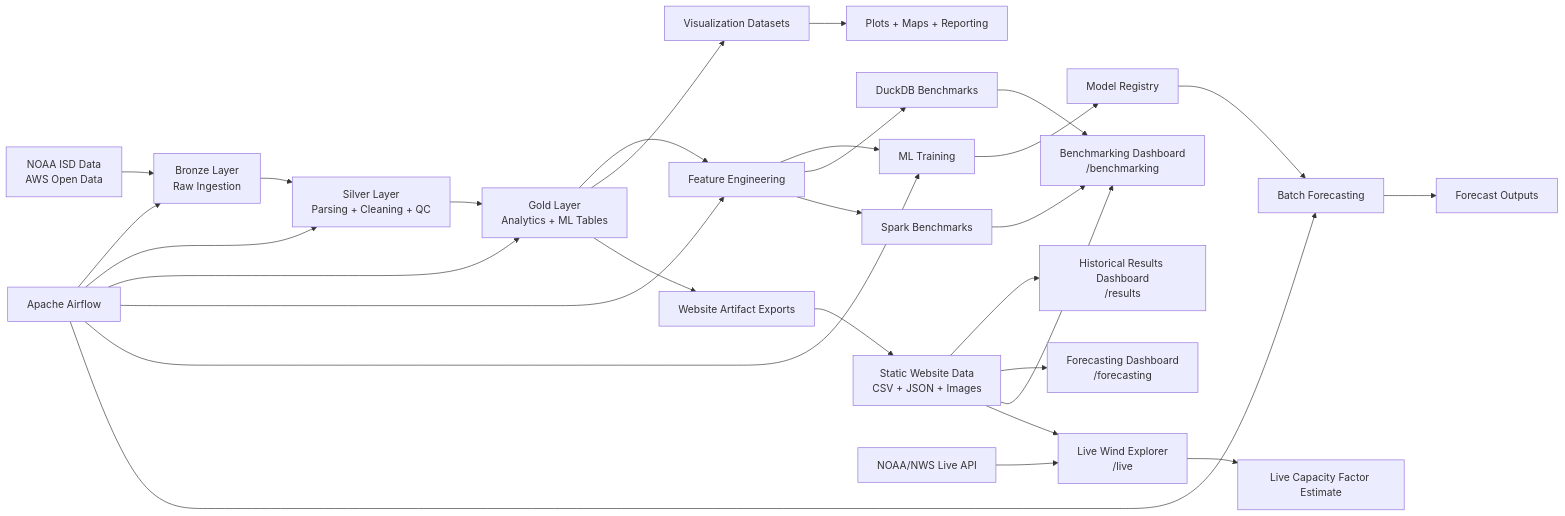
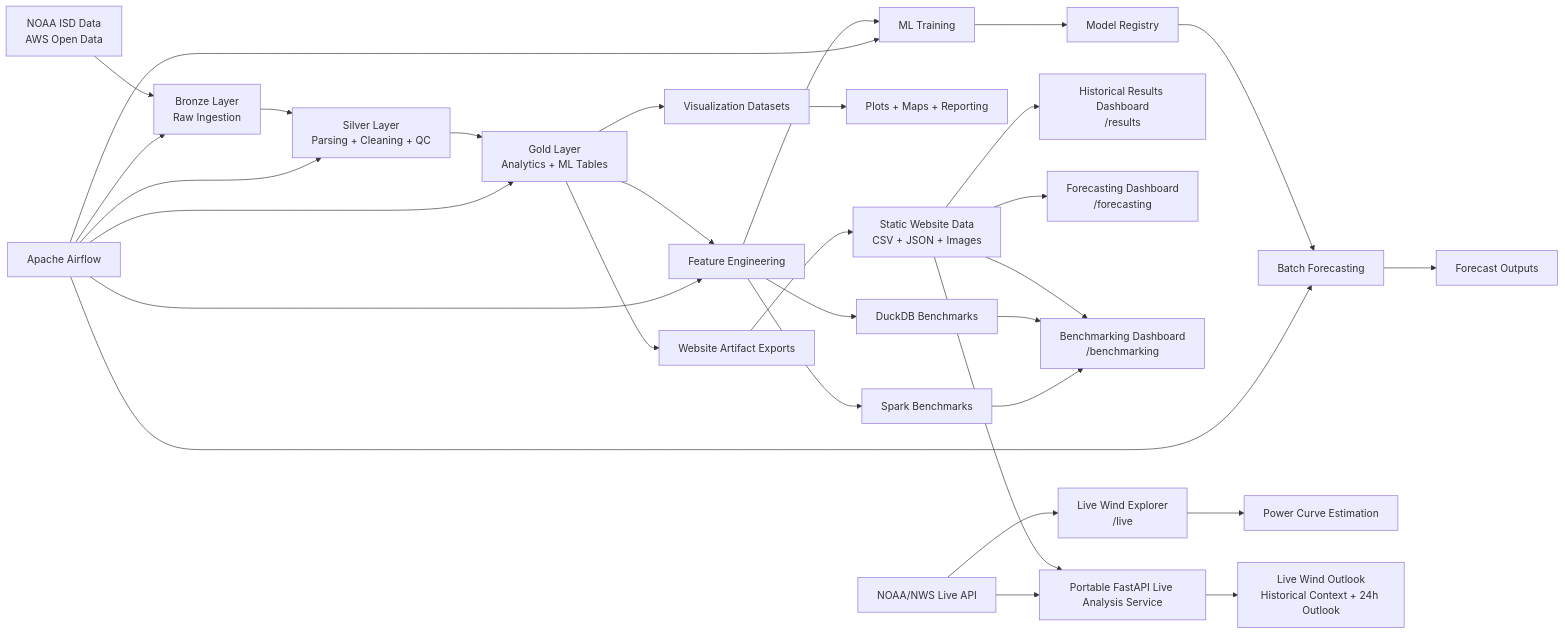
Before and after one commit to ibrahimhamza01/renewable-energy-forecasting-pipeline: the diagram in README.md, drawn with Mermaid. The commit also changed other lines of this file and 1 other file, not shown here.

````diff
--- a/README.md
+++ b/README.md
@@ -59,39 +64,42 @@
 ```mermaid
 flowchart LR
 
 A["NOAA ISD Data<br/>AWS Open Data"] --> B["Bronze Layer<br/>Raw Ingestion"]
 B --> C["Silver Layer<br/>Parsing + Cleaning + QC"]
 C --> D["Gold Layer<br/>Analytics + ML Tables"]
 
 D --> E["Feature Engineering"]
 E --> F["ML Training"]
 F --> G["Model Registry"]
 G --> H["Batch Forecasting"]
 H --> I["Forecast Outputs"]
 
 D --> J["Visualization Datasets"]
 J --> K["Plots + Maps + Reporting"]
 
 D --> W1["Website Artifact Exports"]
 W1 --> W2["Static Website Data<br/>CSV + JSON + Images"]
 
 W2 --> W3["Historical Results Dashboard<br/>/results"]
 W2 --> W4["Forecasting Dashboard<br/>/forecasting"]
 W2 --> W5["Benchmarking Dashboard<br/>/benchmarking"]
 
 E --> L["DuckDB Benchmarks"]
 E --> M["Spark Benchmarks"]
 L --> W5
 M --> W5
 
 N["Apache Airflow"] --> B
 N --> C
 N --> D
 N --> E
 N --> F
 N --> H
 
 P["NOAA/NWS Live API"] --> Q["Live Wind Explorer<br/>/live"]
-W2 --> Q
-Q --> R["Live Capacity Factor Estimate"]
+Q --> R["Power Curve Estimation"]
+
+W2 --> S["Portable FastAPI Live Analysis Service"]
+P --> S
+S --> T["Live Wind Outlook<br/>Historical Context + 24h Outlook"]
 ```
````
